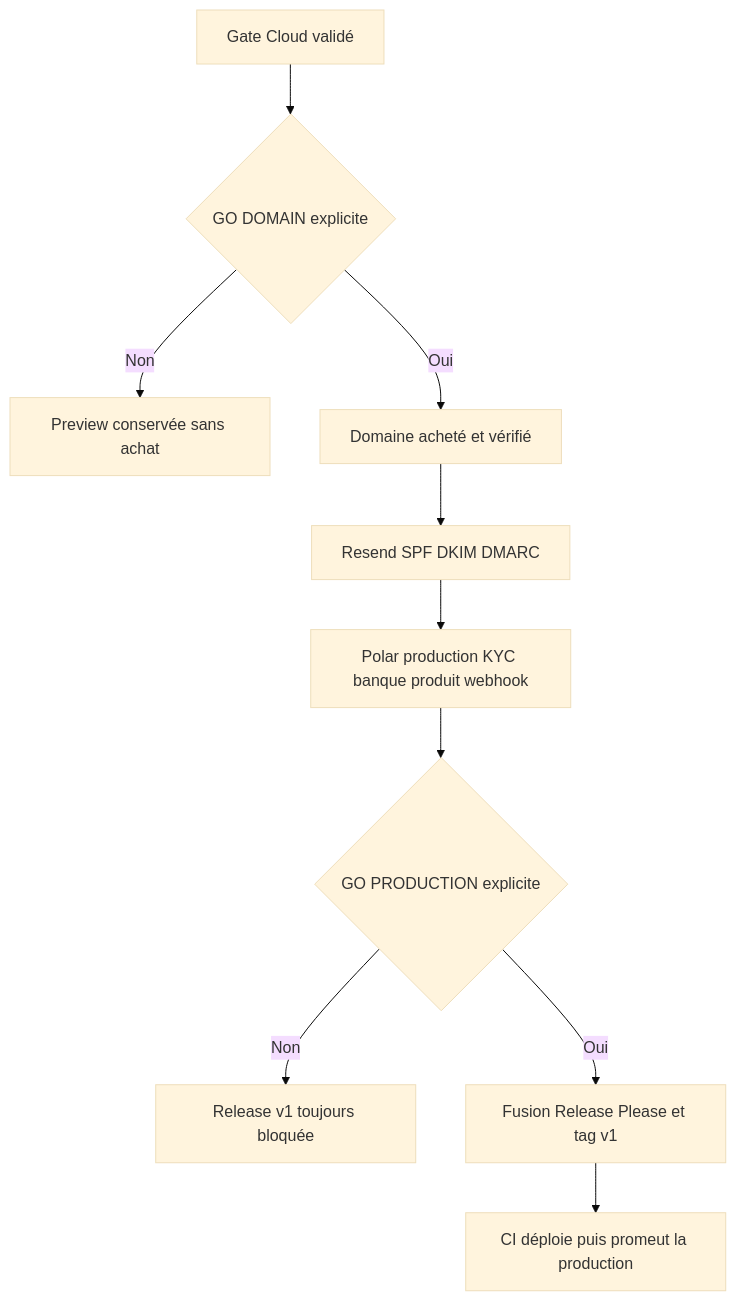
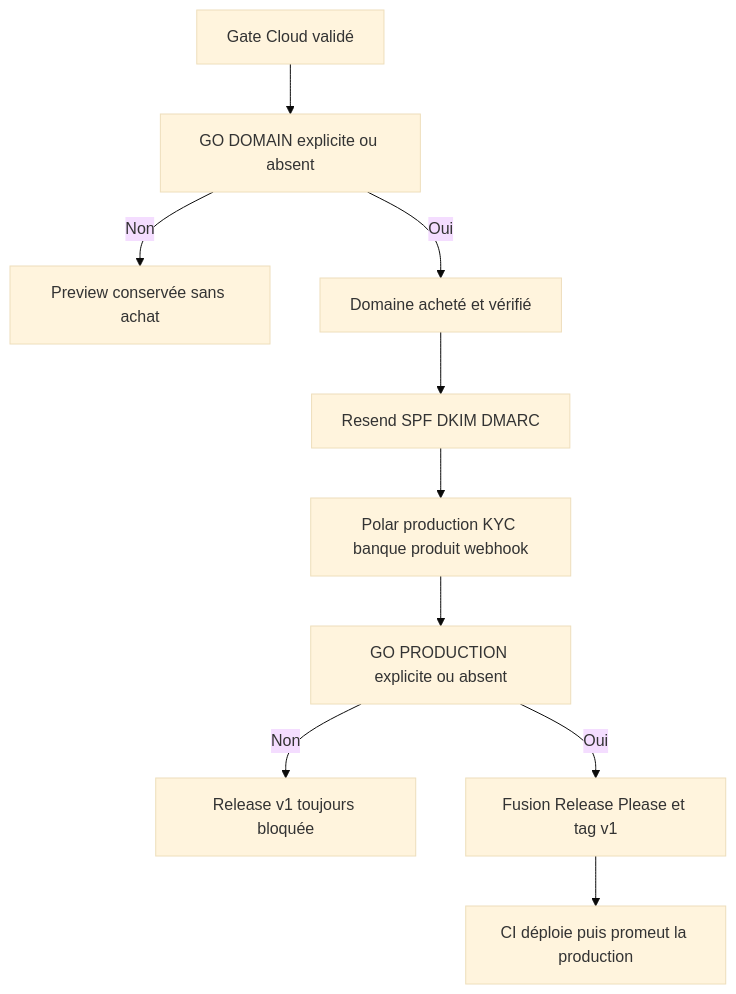
The first of 2 diagrams in aidd_docs/tasks/2026_08/2026_08_16_cloud-prelaunch-validation/phase-6.md (neogenz/screenforge), drawn with Mermaid (base theme) before and after one commit. The commit also changed 2 other files, not shown here.

Commit message:
docs(aidd): finalise la revue du plan Cloud

````diff
--- a/aidd_docs/tasks/2026_08/2026_08_16_cloud-prelaunch-validation/phase-6.md
+++ b/aidd_docs/tasks/2026_08/2026_08_16_cloud-prelaunch-validation/phase-6.md
@@ -23,12 +23,12 @@
 ```mermaid
 flowchart TD
-  A[Gate Cloud validé] --> B{GO DOMAIN explicite}
+  A[Gate Cloud validé] --> B[GO DOMAIN explicite ou absent]
   B -- Non --> C[Preview conservée sans achat]
   B -- Oui --> D[Domaine acheté et vérifié]
   D --> E[Resend SPF DKIM DMARC]
   E --> F[Polar production KYC banque produit webhook]
-  F --> G{GO PRODUCTION explicite}
+  F --> G[GO PRODUCTION explicite ou absent]
   G -- Non --> H[Release v1 toujours bloquée]
   G -- Oui --> I[Fusion Release Please et tag v1]
   I --> J[CI déploie puis promeut la production]
 ```
````
